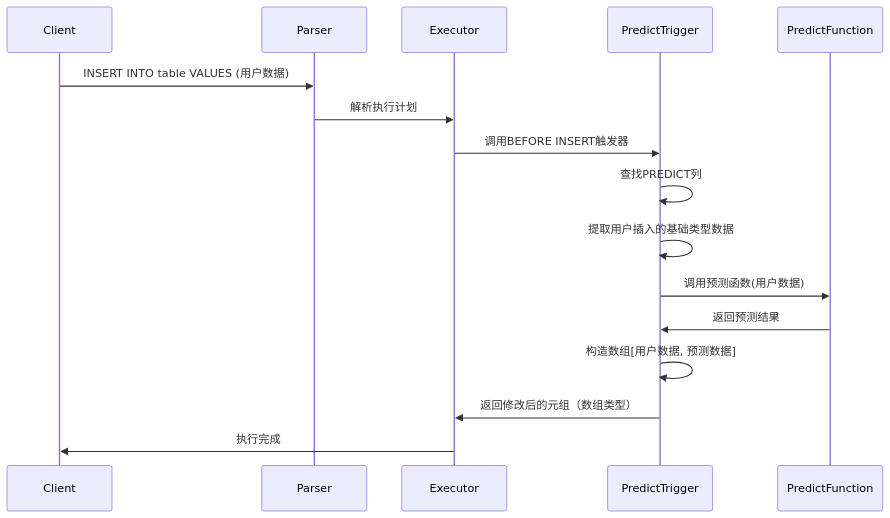
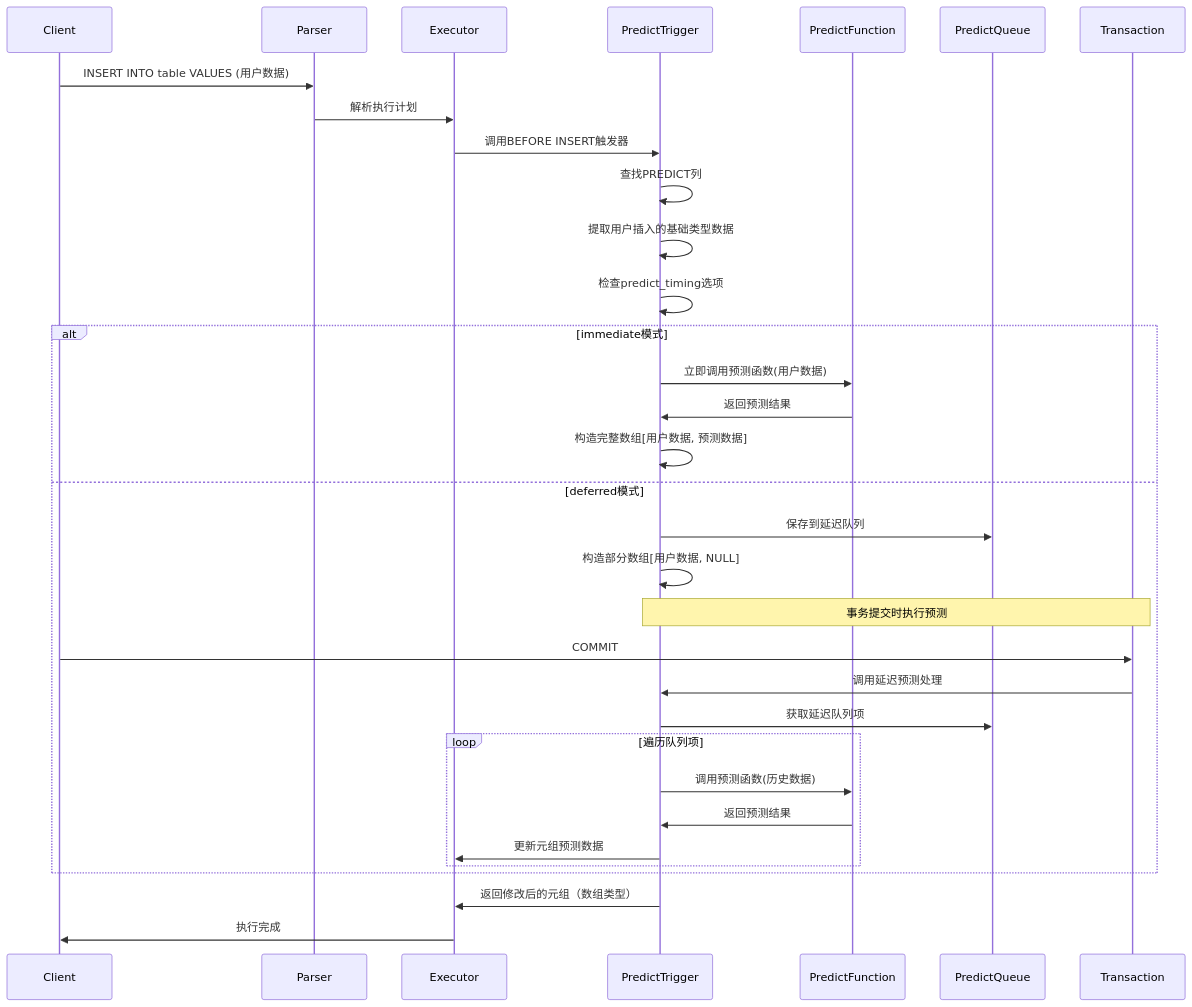
Before and after one commit to ZhongChaoqiang/postgres: the second of 7 diagrams in doc/predict/PREDICT_DETAILED_DESIGN.md, drawn with Mermaid. The commit also changed other lines of this file, not shown here.

First line of the commit message:
predict

````diff
--- a/doc/predict/PREDICT_DETAILED_DESIGN.md
+++ b/doc/predict/PREDICT_DETAILED_DESIGN.md
@@ -231,19 +231,39 @@
 ```mermaid
 sequenceDiagram
     participant Client
     participant Parser
     participant Executor
     participant PredictTrigger
     participant PredictFunction
+    participant PredictQueue
+    participant Transaction
     
     Client->>Parser: INSERT INTO table VALUES (用户数据)
     Parser->>Executor: 解析执行计划
     Executor->>PredictTrigger: 调用BEFORE INSERT触发器
     PredictTrigger->>PredictTrigger: 查找PREDICT列
     PredictTrigger->>PredictTrigger: 提取用户插入的基础类型数据
-    PredictTrigger->>PredictFunction: 调用预测函数(用户数据)
-    PredictFunction->>PredictTrigger: 返回预测结果
-    PredictTrigger->>PredictTrigger: 构造数组[用户数据, 预测数据]
+    PredictTrigger->>PredictTrigger: 检查predict_timing选项
+    
+    alt immediate模式
+        PredictTrigger->>PredictFunction: 立即调用预测函数(用户数据)
+        PredictFunction->>PredictTrigger: 返回预测结果
+        PredictTrigger->>PredictTrigger: 构造完整数组[用户数据, 预测数据]
+    else deferred模式
+        PredictTrigger->>PredictQueue: 保存到延迟队列
+        PredictTrigger->>PredictTrigger: 构造部分数组[用户数据, NULL]
+        
+        Note over PredictTrigger,Transaction: 事务提交时执行预测
+        Client->>Transaction: COMMIT
+        Transaction->>PredictTrigger: 调用延迟预测处理
+        PredictTrigger->>PredictQueue: 获取延迟队列项
+        loop 遍历队列项
+            PredictTrigger->>PredictFunction: 调用预测函数(历史数据)
+            PredictFunction->>PredictTrigger: 返回预测结果
+            PredictTrigger->>Executor: 更新元组预测数据
+        end
+    end
+    
     PredictTrigger->>Executor: 返回修改后的元组（数组类型）
     Executor->>Client: 执行完成
 ```
````
